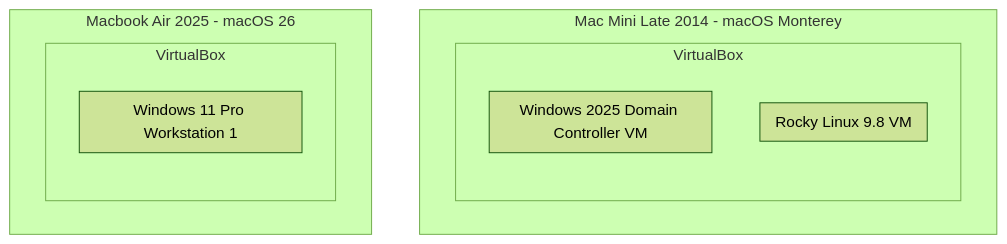
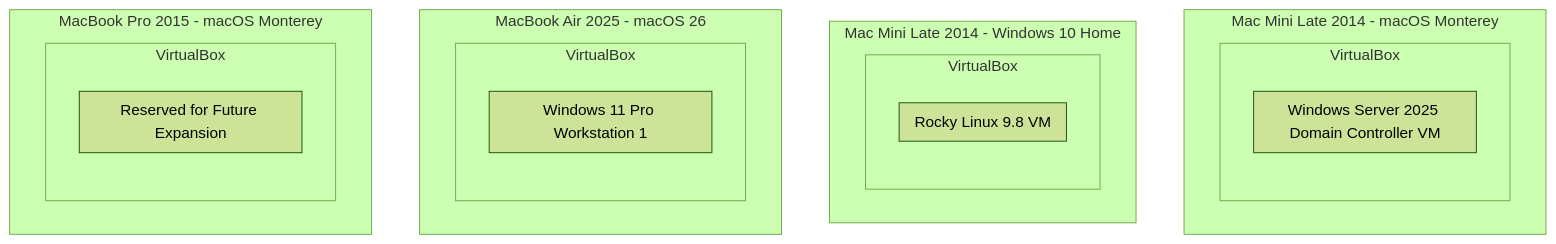
The first of 4 diagrams in 01-Architecture.md (terhumphrey/enterprise-security-lab-nist-800-171), drawn with Mermaid (forest theme) before and after one commit. The commit also changed other lines of this file, not shown here.

````diff
--- a/01-Architecture.md
+++ b/01-Architecture.md
@@ -99,17 +99,31 @@
 ```mermaid
 graph TD
-	subgraph MacMini[Mac Mini Late 2014 - macOS Monterey]
-  		subgraph Hypervisor[VirtualBox]
-  			subgraph ElasticStackVM[Rocky Linux 9.8 VM]
-			end
-			subgraph Win25DC[Windows 2025 Domain Controller VM]
-			end
-		end
-	end
-	subgraph MBA[Macbook Air 2025 - macOS 26]
-		subgraph MBAHypervisor[VirtualBox]
-			subgraph Win11Pro1[Windows 11 Pro Workstation 1]
-			end
-		end
-	end
+
+    subgraph MacMini2014["Mac Mini Late 2014 - macOS Monterey"]
+        subgraph HypervisorMac["VirtualBox"]
+            subgraph Win25DC["Windows Server 2025 Domain Controller VM"]
+            end
+        end
+    end
+
+    subgraph WindowsMacMini["Mac Mini Late 2014 - Windows 10 Home"]
+        subgraph HypervisorWindows["VirtualBox"]
+            subgraph ElasticStackVM["Rocky Linux 9.8 VM"]
+            end
+        end
+    end
+
+    subgraph MBA["MacBook Air 2025 - macOS 26"]
+        subgraph MBAHypervisor["VirtualBox"]
+            subgraph Win11Pro1["Windows 11 Pro Workstation 1"]
+            end
+        end
+    end
+
+    subgraph MBP["MacBook Pro 2015 - macOS Monterey"]
+        subgraph MBPHypervisor["VirtualBox"]
+            subgraph Future["Reserved for Future Expansion"]
+            end
+        end
+    end
 ```
````
